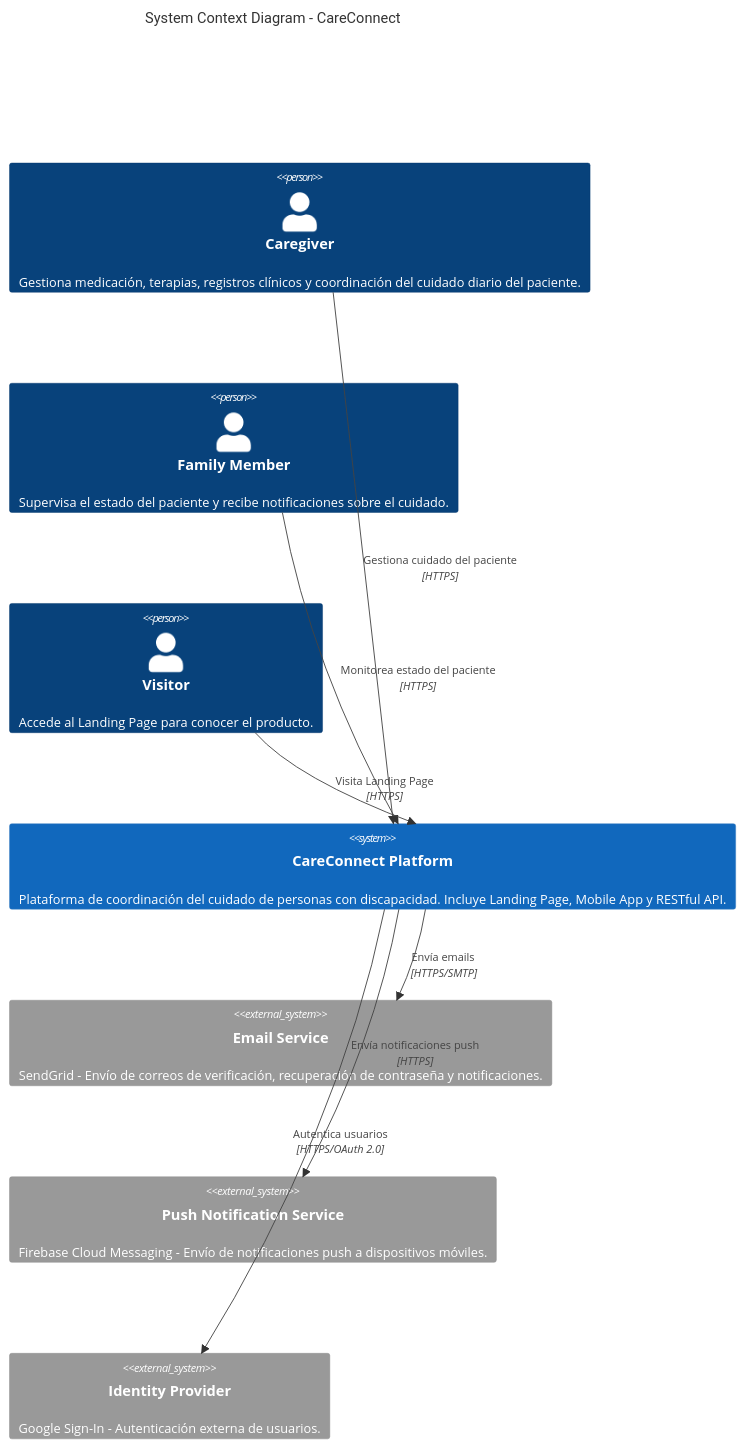
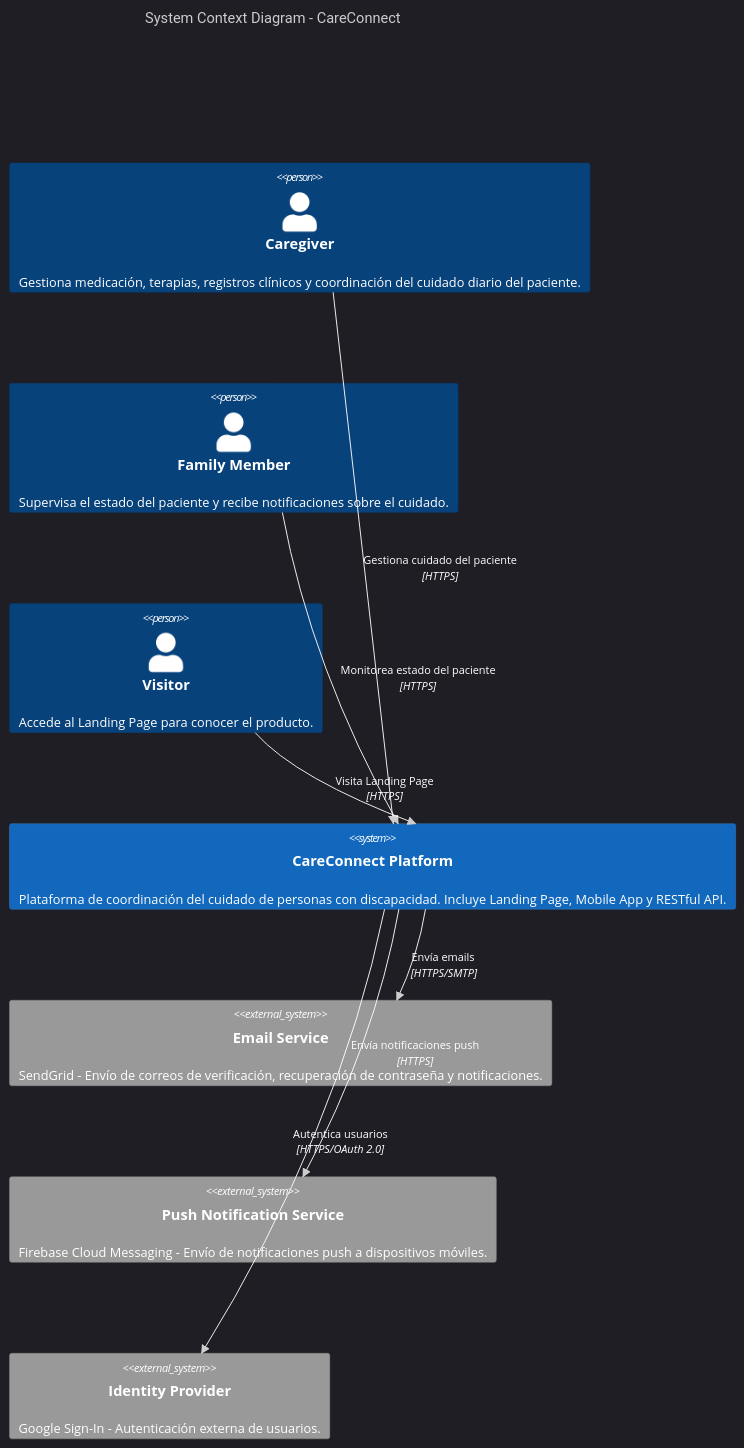
The first of 3 diagrams in README.md (CareStacks/Report), drawn with Mermaid before and after one commit. The commit also changed other lines of this file, not shown here.

Commit message:
docs(fix): add dark theme in c4 diagrmans for improve visualisation

````diff
--- a/README.md
+++ b/README.md
@@ -695,21 +695,29 @@
 ```mermaid
+%%{init: {'theme': 'dark'}}%%
 C4Context
     title System Context Diagram - CareConnect
 
     Person(caregiver, "Caregiver", "Gestiona medicación, terapias, registros clínicos y coordinación del cuidado diario del paciente.")
     Person(family, "Family Member", "Supervisa el estado del paciente y recibe notificaciones sobre el cuidado.")
     Person(visitor, "Visitor", "Accede al Landing Page para conocer el producto.")
 
     System(careconnect, "CareConnect Platform", "Plataforma de coordinación del cuidado de personas con discapacidad. Incluye Landing Page, Mobile App y RESTful API.")
 
     System_Ext(email, "Email Service", "SendGrid - Envío de correos de verificación, recuperación de contraseña y notificaciones.")
     System_Ext(push, "Push Notification Service", "Firebase Cloud Messaging - Envío de notificaciones push a dispositivos móviles.")
     System_Ext(idp, "Identity Provider", "Google Sign-In - Autenticación externa de usuarios.")
 
     Rel(caregiver, careconnect, "Gestiona cuidado del paciente", "HTTPS")
     Rel(family, careconnect, "Monitorea estado del paciente", "HTTPS")
     Rel(visitor, careconnect, "Visita Landing Page", "HTTPS")
     Rel(careconnect, email, "Envía emails", "HTTPS/SMTP")
     Rel(careconnect, push, "Envía notificaciones push", "HTTPS")
     Rel(careconnect, idp, "Autentica usuarios", "HTTPS/OAuth 2.0")
+
+    UpdateRelStyle(caregiver, careconnect, $textColor="#ffffff", $lineColor="#ffffff")
+    UpdateRelStyle(family, careconnect, $textColor="#ffffff", $lineColor="#ffffff")
+    UpdateRelStyle(visitor, careconnect, $textColor="#ffffff", $lineColor="#ffffff")
+    UpdateRelStyle(careconnect, email, $textColor="#ffffff", $lineColor="#ffffff")
+    UpdateRelStyle(careconnect, push, $textColor="#ffffff", $lineColor="#ffffff")
+    UpdateRelStyle(careconnect, idp, $textColor="#ffffff", $lineColor="#ffffff")
 ```
````
